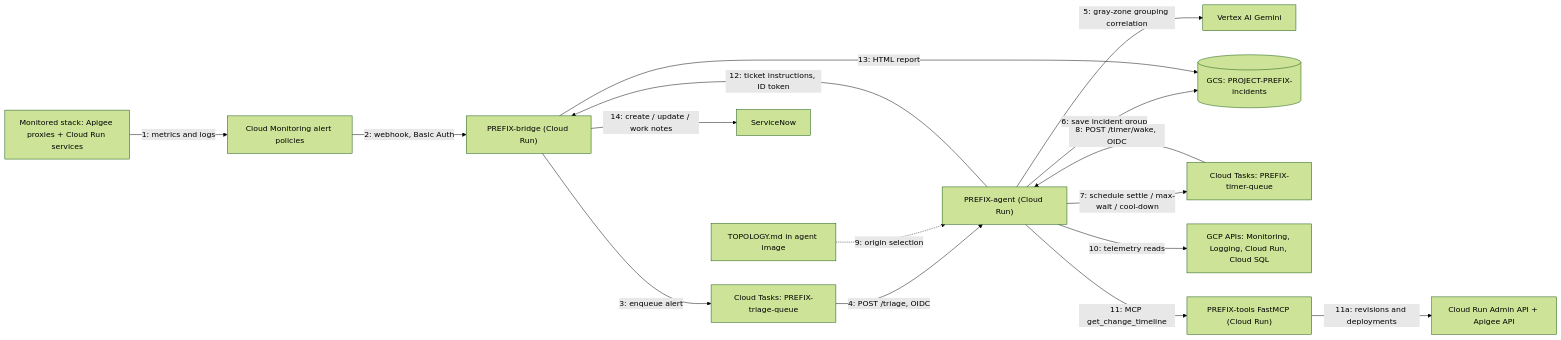
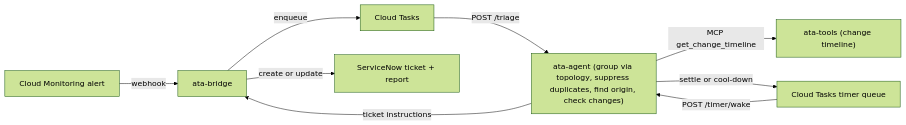
The first of 2 diagrams in alert-triage-agent/README.md (ssvaidyanathan/autocloud-prototypes), drawn with Mermaid (forest theme) before and after one commit. The commit also changed other lines of this file, not shown here.

Commit message:
docs(readme): trim alert-triage-agent/README.md and simplify diagrams

````diff
--- a/alert-triage-agent/README.md
+++ b/alert-triage-agent/README.md
@@ -139,18 +133,11 @@
 ```mermaid
 flowchart LR
-    Stack["Monitored stack: Apigee proxies + Cloud Run services"] -->|1: metrics and logs| Mon["Cloud Monitoring alert policies"]
-    Mon -->|2: webhook, Basic Auth| Bridge["PREFIX-bridge (Cloud Run)"]
-    Bridge -->|3: enqueue alert| TriageQ["Cloud Tasks: PREFIX-triage-queue"]
-    TriageQ -->|4: POST /triage, OIDC| Agent["PREFIX-agent (Cloud Run)"]
-    Agent -->|5: gray-zone grouping correlation| Gemini["Vertex AI Gemini"]
-    Agent -->|6: save incident group| Bucket[("GCS: PROJECT-PREFIX-incidents")]
-    Agent -->|7: schedule settle / max-wait / cool-down| TimerQ["Cloud Tasks: PREFIX-timer-queue"]
-    TimerQ -->|8: POST /timer/wake, OIDC| Agent
-    Topo["TOPOLOGY.md in agent image"] -.->|9: origin selection| Agent
-    Agent -->|10: telemetry reads| APIs["GCP APIs: Monitoring, Logging, Cloud Run, Cloud SQL"]
-    Agent -->|11: MCP get_change_timeline| Tools["PREFIX-tools FastMCP (Cloud Run)"]
-    Tools -->|11a: revisions and deployments| ChangeAPIs["Cloud Run Admin API + Apigee API"]
-    Agent -->|12: ticket instructions, ID token| Bridge
-    Bridge -->|13: HTML report| Bucket
-    Bridge -->|14: create / update / work notes| SN["ServiceNow"]
+    Alert["Cloud Monitoring alert"] -->|webhook| Bridge["ata-bridge"]
+    Bridge -->|enqueue| Tasks["Cloud Tasks"]
+    Tasks -->|POST /triage| Agent["ata-agent (group via topology, suppress duplicates, find origin, check changes)"]
+    Agent -->|ticket instructions| Bridge
+    Bridge -->|create or update| SN["ServiceNow ticket + report"]
+    Agent -->|MCP get_change_timeline| Tools["ata-tools (change timeline)"]
+    Agent -->|settle or cool-down| TimerQ["Cloud Tasks timer queue"]
+    TimerQ -->|POST /timer/wake| Agent
 ```
````
